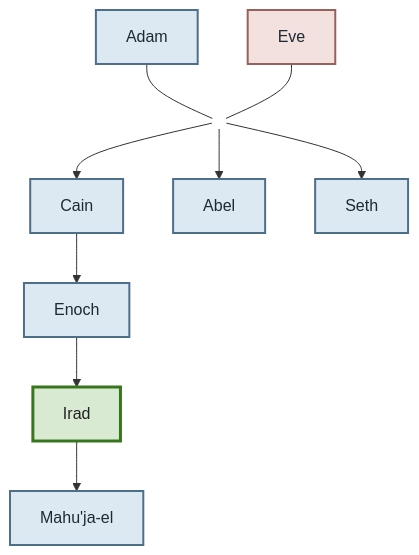
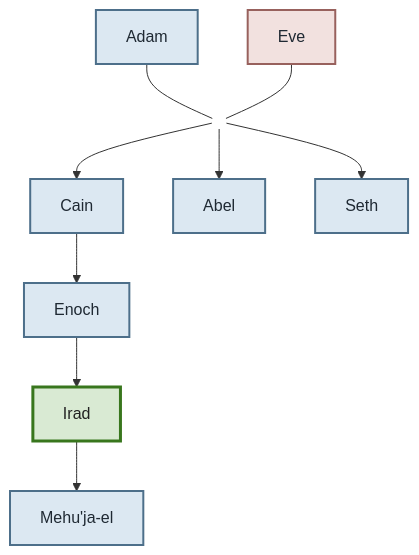
Before and after one commit to cheneuwo/KJB_JB2: the diagram in docs/Who_is_Who_in_Bible/I/Irad.md, drawn with Mermaid. The commit also changed 2 other files, not shown here.

Commit message:
hyperlinks in family tree

````diff
--- a/docs/Who_is_Who_in_Bible/I/Irad.md
+++ b/docs/Who_is_Who_in_Bible/I/Irad.md
@@ -14,33 +14,33 @@
 ```{mermaid}
 :label: fig:irad-lineage
 :class: centered-mermaid
 
 flowchart TB
   Adam[Adam] --- union1(( ))
   Eve[Eve] --- union1
 
   union1 --> Cain[Cain]
   union1 --> Abel[Abel]
   union1 --> Seth[Seth]
   Cain --> Enoch[Enoch]
   Enoch --> Irad[Irad]
-  Irad --> Mehujael[Mahu'ja-el]
+  Irad --> Mehujael[Mehu'ja-el]
 
   click Adam href "../adam" "about Adam" _self
   click Eve href "../eve" "about Eve" _self
   click Cain href "../cain" "about Cain" _self
   click Abel href "../abel" "about Abel" _self
   click Seth href "../seth" "about Seth" _self
   click Enoch href "../enoch" "about Enoch" _self
   click Mehujael href "../mehujael" "about Mahu'ja-el" _self
   
   classDef male fill:#DCE8F2,stroke:#4D6F8A,stroke-width:2px,color:#1F2933;
   classDef female fill:#F2E1DF,stroke:#98615D,stroke-width:2px,color:#1F2933;
   classDef union fill:none,stroke:none;
   classDef focus fill:#d9ead3,stroke:#38761d,stroke-width:3px,color:#222;
 
   class Eve female;
   class Adam,Cain,Abel,Seth,Enoch,Mehujael male;
   class union1 union;
   class Irad focus;
 ```
````
